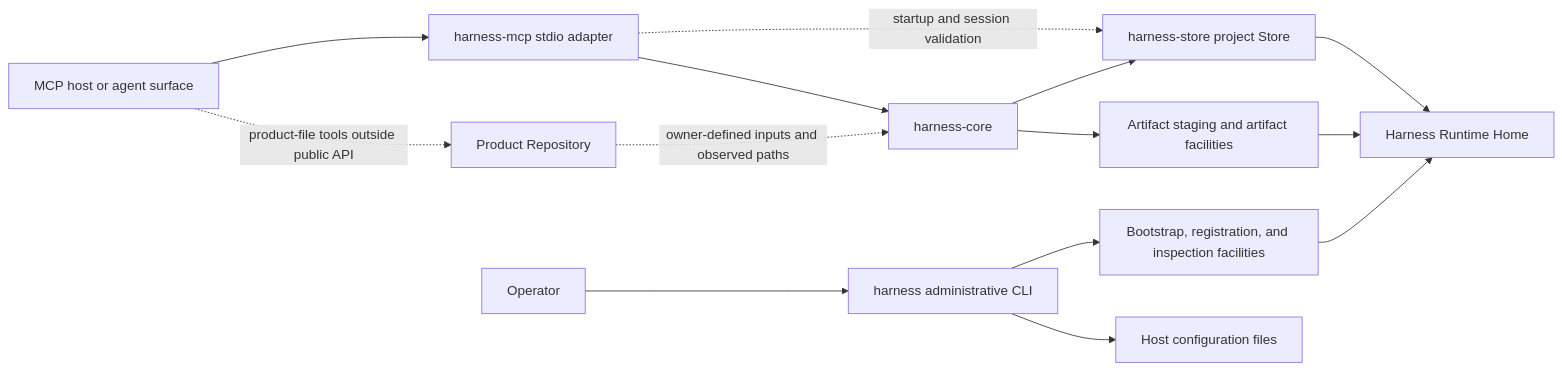
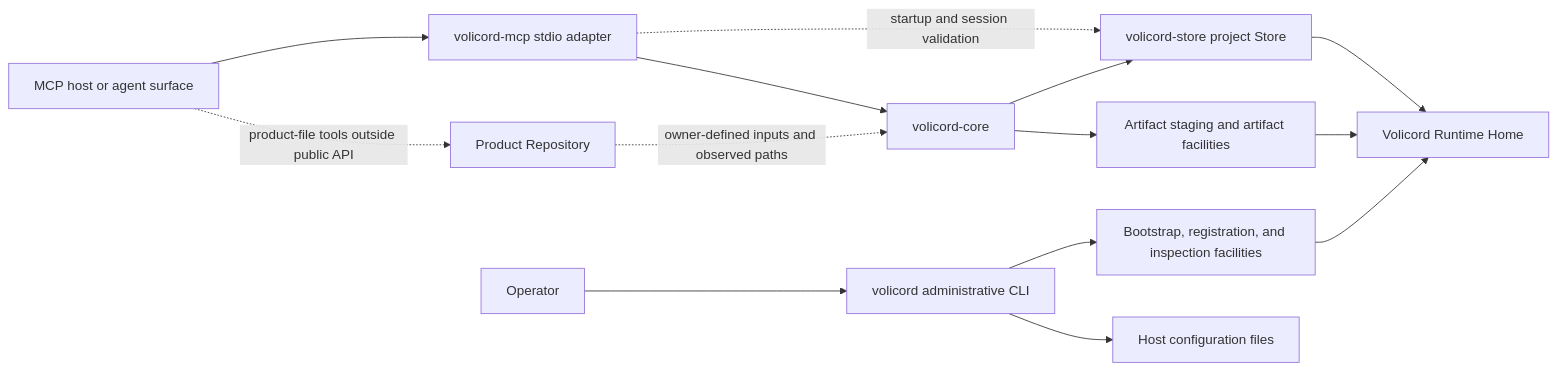
Before and after one commit to minjungw00/Harness_Project: the first of 4 diagrams in docs/en/development/architecture.md, drawn with Mermaid. The commit also changed other lines of this file and 59 other files, not shown here.

````diff
--- a/docs/en/development/architecture.md
+++ b/docs/en/development/architecture.md
@@ -15,30 +15,30 @@
 ```mermaid
 flowchart LR
   host[MCP host or agent surface]
-  mcp["harness-mcp stdio adapter"]
-  core["harness-core"]
-  store["harness-store project Store"]
+  mcp["volicord-mcp stdio adapter"]
+  core["volicord-core"]
+  store["volicord-store project Store"]
   artifacts[Artifact staging and artifact facilities]
   operator[Operator]
-  cli["harness administrative CLI"]
+  cli["volicord administrative CLI"]
   bootstrap[Bootstrap, registration, and inspection facilities]
-  runtime["Harness Runtime Home"]
+  runtime["Volicord Runtime Home"]
   config[Host configuration files]
   product["Product Repository"]
 
   host --> mcp
   mcp --> core
   mcp -. startup and session validation .-> store
   core --> store
   core --> artifacts
   store --> runtime
   artifacts --> runtime
 
   operator --> cli
   cli --> bootstrap
   cli --> config
   bootstrap --> runtime
 
   product -. owner-defined inputs and observed paths .-> core
   host -. product-file tools outside public API .-> product
 ```
````
